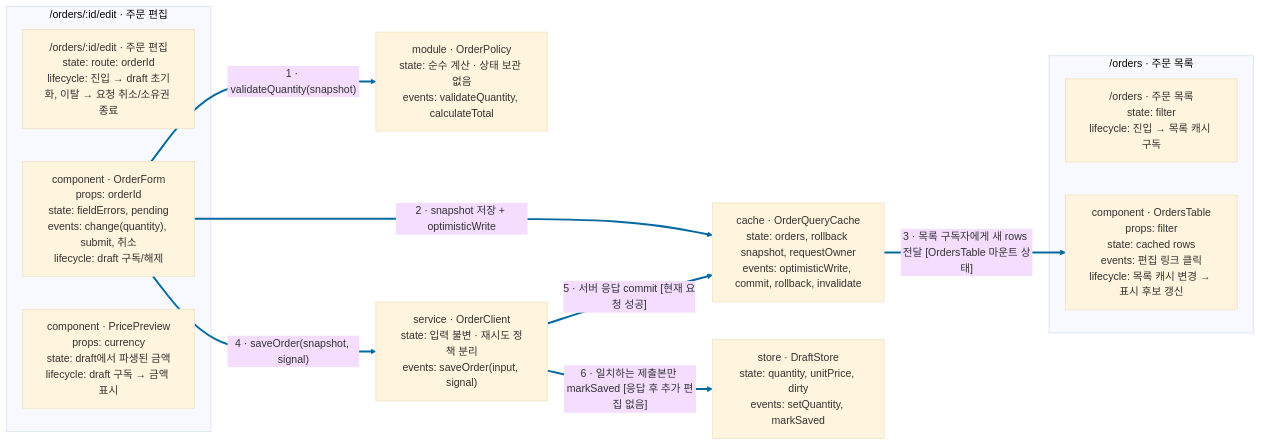
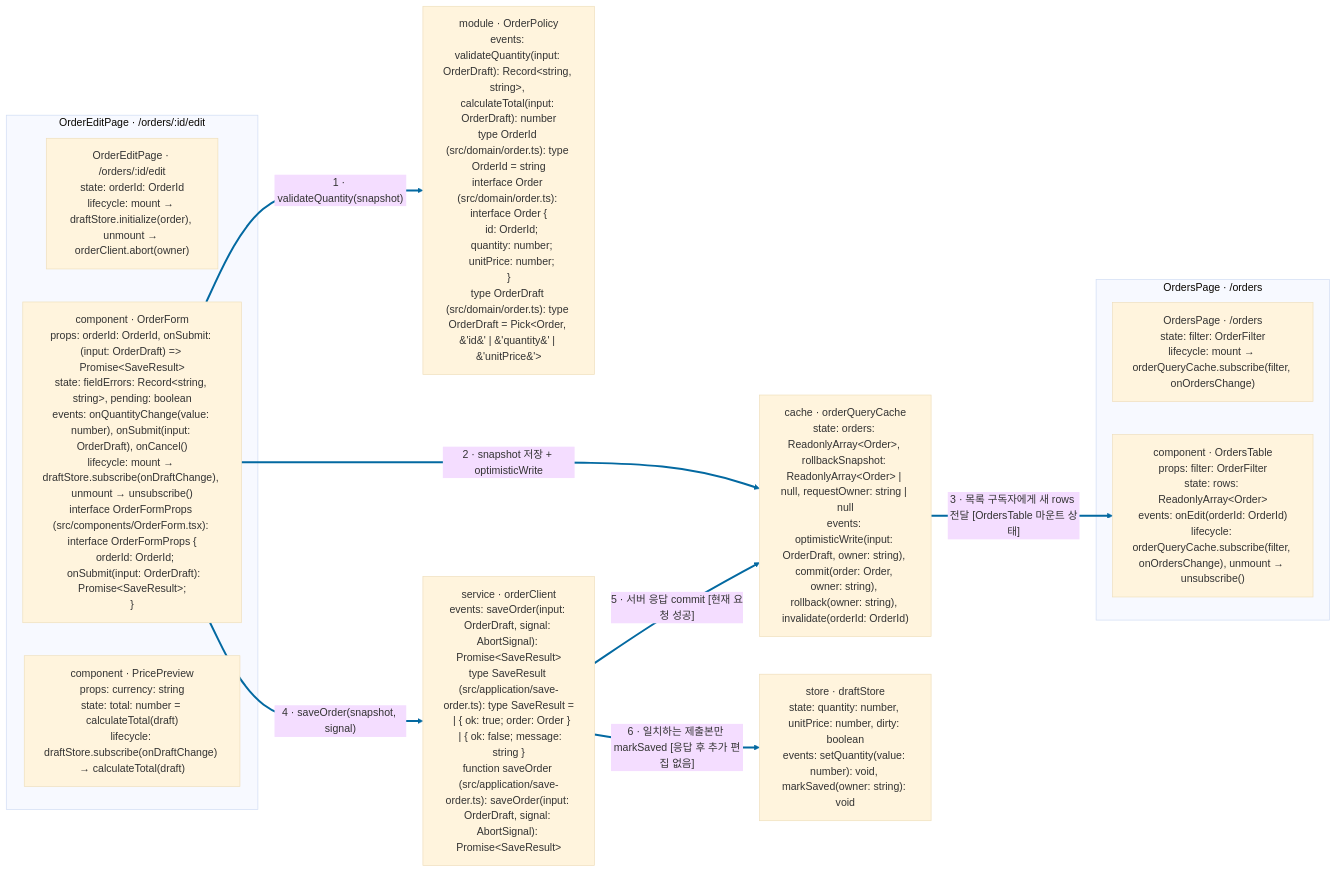
One commit to Yelihi/frontend-system changed the diagram in docs/examples/frontend-flow.mmd. Above: the diagram before and after it, drawn with Mermaid (base theme). The commit also changed 40 other files, not shown here.

```diff
--- a/docs/examples/frontend-flow.mmd
+++ b/docs/examples/frontend-flow.mmd
@@ -1,26 +1,26 @@
 flowchart LR
-  subgraph n0["/orders/:id/edit · 주문 편집"]
-    n0info["/orders/:id/edit · 주문 편집<br/>state: route: orderId<br/>lifecycle: 진입 → draft 초기화, 이탈 → 요청 취소/소유권 종료"]
-    n1["component · OrderForm<br/>props: orderId<br/>state: fieldErrors, pending<br/>events: change(quantity), submit, 취소<br/>lifecycle: draft 구독/해제"]
-    n2["component · PricePreview<br/>props: currency<br/>state: draft에서 파생된 금액<br/>lifecycle: draft 구독 → 금액 표시"]
+  subgraph n0["OrderEditPage · /orders/:id/edit"]
+    n0info["OrderEditPage · /orders/:id/edit<br/>state: orderId: OrderId<br/>lifecycle: mount → draftStore.initialize(order), unmount → orderClient.abort(owner)"]
+    n1["component · OrderForm<br/>props: orderId: OrderId, onSubmit: (input: OrderDraft) =&gt; Promise&lt;SaveResult&gt;<br/>state: fieldErrors: Record&lt;string, string&gt;, pending: boolean<br/>events: onQuantityChange(value: number), onSubmit(input: OrderDraft), onCancel()<br/>lifecycle: mount → draftStore.subscribe(onDraftChange), unmount → unsubscribe()<br/>interface OrderFormProps (src/components/OrderForm.tsx): interface OrderFormProps {<br/>  orderId: OrderId;<br/>  onSubmit(input: OrderDraft): Promise&lt;SaveResult&gt;;<br/>}"]
+    n2["component · PricePreview<br/>props: currency: string<br/>state: total: number = calculateTotal(draft)<br/>lifecycle: draftStore.subscribe(onDraftChange) → calculateTotal(draft)"]
   end
-  subgraph n3["/orders · 주문 목록"]
-    n3info["/orders · 주문 목록<br/>state: filter<br/>lifecycle: 진입 → 목록 캐시 구독"]
-    n4["component · OrdersTable<br/>props: filter<br/>state: cached rows<br/>events: 편집 링크 클릭<br/>lifecycle: 목록 캐시 변경 → 표시 후보 갱신"]
+  subgraph n3["OrdersPage · /orders"]
+    n3info["OrdersPage · /orders<br/>state: filter: OrderFilter<br/>lifecycle: mount → orderQueryCache.subscribe(filter, onOrdersChange)"]
+    n4["component · OrdersTable<br/>props: filter: OrderFilter<br/>state: rows: ReadonlyArray&lt;Order&gt;<br/>events: onEdit(orderId: OrderId)<br/>lifecycle: orderQueryCache.subscribe(filter, onOrdersChange), unmount → unsubscribe()"]
   end
-  n5["store · DraftStore<br/>state: quantity, unitPrice, dirty<br/>events: setQuantity, markSaved"]
-  n6["module · OrderPolicy<br/>state: 순수 계산 · 상태 보관 없음<br/>events: validateQuantity, calculateTotal"]
-  n7["cache · OrderQueryCache<br/>state: orders, rollback snapshot, requestOwner<br/>events: optimisticWrite, commit, rollback, invalidate"]
-  n8["service · OrderClient<br/>state: 입력 불변 · 재시도 정책 분리<br/>events: saveOrder(input, signal)"]
+  n5["store · draftStore<br/>state: quantity: number, unitPrice: number, dirty: boolean<br/>events: setQuantity(value: number): void, markSaved(owner: string): void"]
+  n6["module · OrderPolicy<br/>events: validateQuantity(input: OrderDraft): Record&lt;string, string&gt;, calculateTotal(input: OrderDraft): number<br/>type OrderId (src/domain/order.ts): type OrderId = string<br/>interface Order (src/domain/order.ts): interface Order {<br/>  id: OrderId;<br/>  quantity: number;<br/>  unitPrice: number;<br/>}<br/>type OrderDraft (src/domain/order.ts): type OrderDraft = Pick&lt;Order, &#39;id&#39; | &#39;quantity&#39; | &#39;unitPrice&#39;&gt;"]
+  n7["cache · orderQueryCache<br/>state: orders: ReadonlyArray&lt;Order&gt;, rollbackSnapshot: ReadonlyArray&lt;Order&gt; | null, requestOwner: string | null<br/>events: optimisticWrite(input: OrderDraft, owner: string), commit(order: Order, owner: string), rollback(owner: string), invalidate(orderId: OrderId)"]
+  n8["service · orderClient<br/>events: saveOrder(input: OrderDraft, signal: AbortSignal): Promise&lt;SaveResult&gt;<br/>type SaveResult (src/application/save-order.ts): type SaveResult =<br/>  | { ok: true; order: Order }<br/>  | { ok: false; message: string }<br/>function saveOrder (src/application/save-order.ts): saveOrder(input: OrderDraft, signal: AbortSignal): Promise&lt;SaveResult&gt;"]
   n1 -->|"1 · validateQuantity(snapshot)"| n6
   linkStyle 0 stroke:#0369a1,stroke-width:3px
   n1 -->|"2 · snapshot 저장 + optimisticWrite"| n7
   linkStyle 1 stroke:#0369a1,stroke-width:3px
   n1 -->|"4 · saveOrder(snapshot, signal)"| n8
   linkStyle 2 stroke:#0369a1,stroke-width:3px
   n8 -->|"5 · 서버 응답 commit [현재 요청 성공]"| n7
   linkStyle 3 stroke:#0369a1,stroke-width:3px
   n8 -->|"6 · 일치하는 제출본만 markSaved [응답 후 추가 편집 없음]"| n5
   linkStyle 4 stroke:#0369a1,stroke-width:3px
   n7 -->|"3 · 목록 구독자에게 새 rows 전달 [OrdersTable 마운트 상태]"| n4
   linkStyle 5 stroke:#0369a1,stroke-width:3px
```
